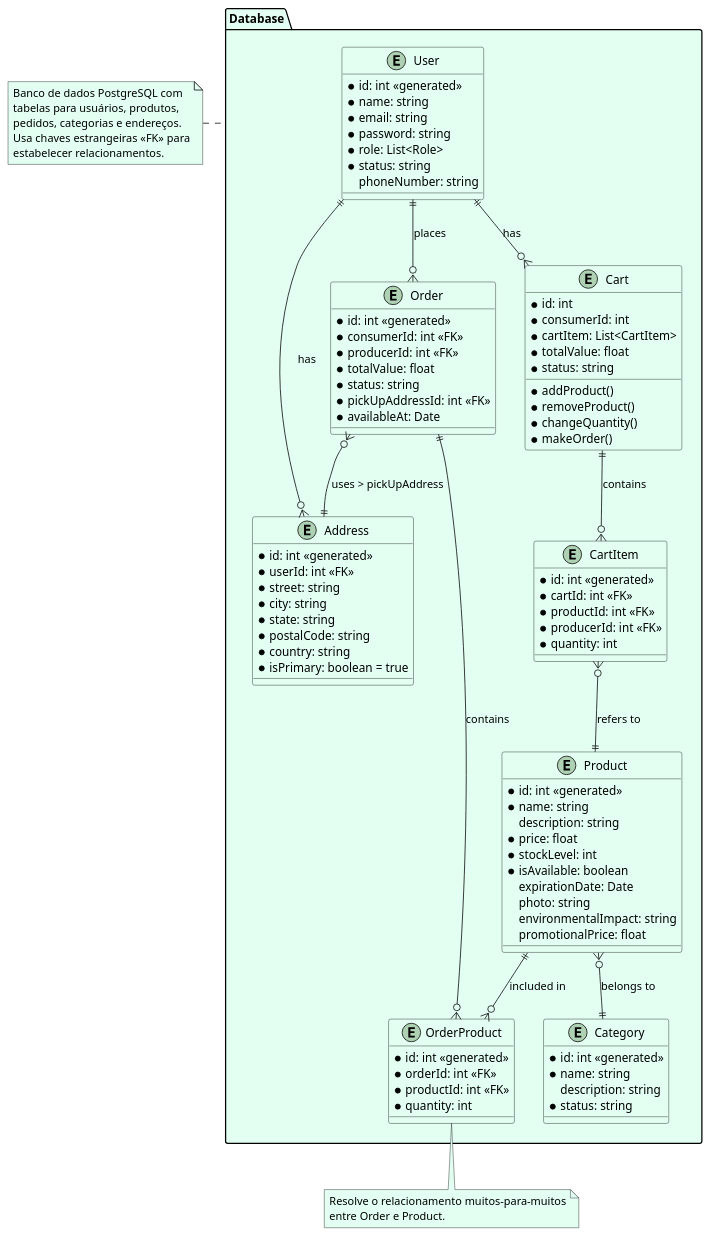
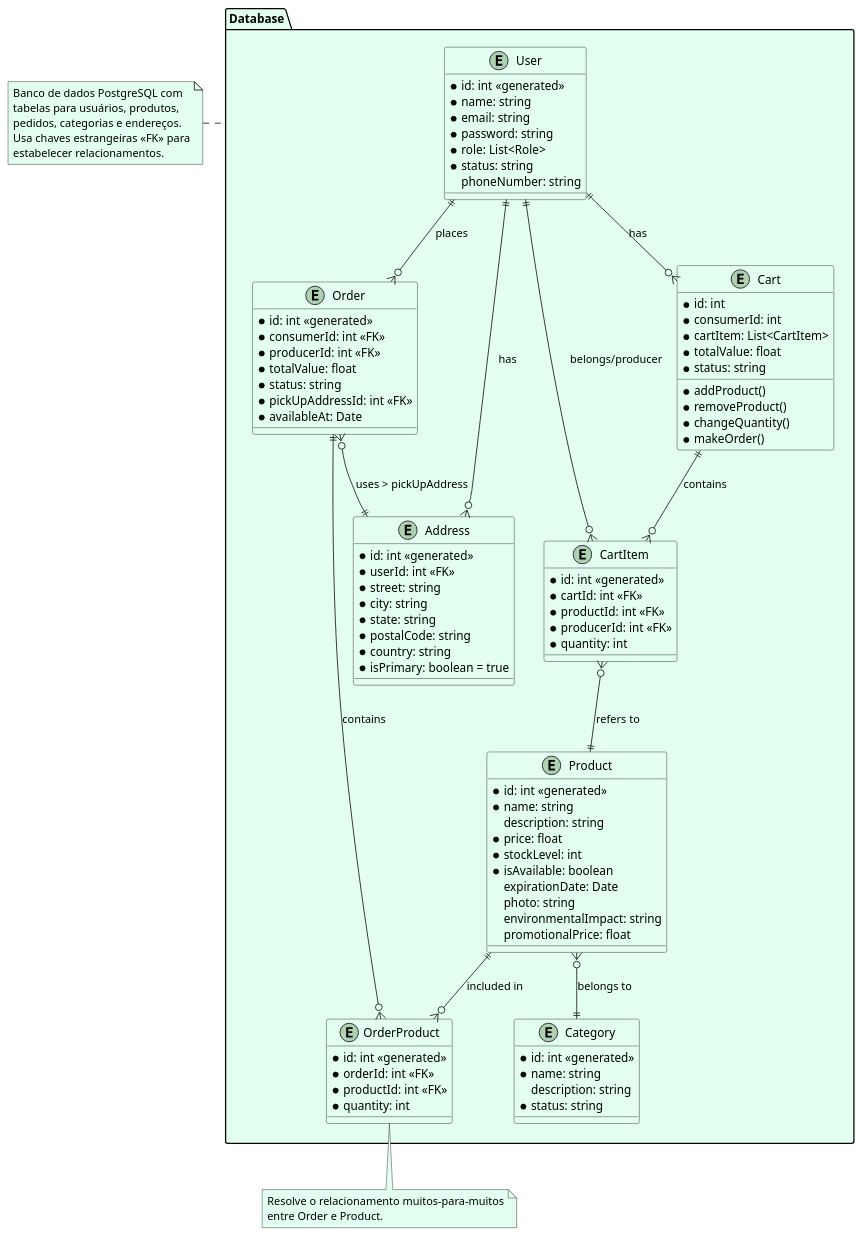
Before and after one commit to bruflor/comercio-vizinho: the diagram in docs/diagrams/Database.puml, drawn with PlantUML. The commit also changed 5 other files, not shown here.

Commit message:
Updating previous diagrams to have cart relations

```diff
--- a/docs/diagrams/Database.puml
+++ b/docs/diagrams/Database.puml
@@ -1,121 +1,123 @@
 @startuml
 <style>
 classDiagram {
   BackGroundColor #e2fff1
 }
 
 document {
   BackGroundColor white
 }
 </style>
 
 package "Database" {
     entity "User" {
        * id: int <<generated>>
        * name: string
        * email: string
        * password: string
        * role: List<Role>
        * status: string
        phoneNumber: string 
     }
 
     entity "Address" {
        * id: int <<generated>>
        * userId: int <<FK>>
        * street: string
        * city: string
        * state: string
        * postalCode: string
        * country: string
        * isPrimary: boolean = true
     }
 
     entity "Order" {
        * id: int <<generated>>
        * consumerId: int <<FK>>
        * producerId: int <<FK>>
        * totalValue: float
        * status: string
        * pickUpAddressId: int <<FK>>
        * availableAt: Date
     }
 
     entity "Product" {
        * id: int <<generated>>
        * name: string
        description: string 
        * price: float
        * stockLevel: int
        * isAvailable: boolean
        expirationDate: Date 
        photo: string 
        environmentalImpact: string 
        promotionalPrice: float 
     }
 
     entity "Category" {
        * id: int <<generated>>
        * name: string
        description: string 
        * status: string
     }
 
     entity "OrderProduct" {
        * id: int <<generated>>
        * orderId: int <<FK>>
        * productId: int <<FK>>
        * quantity: int
     }
 
 entity Cart{
     * id: int
     * consumerId: int
     * cartItem: List<CartItem>
     * totalValue: float
     * status: string
 
     * addProduct()
     * removeProduct()
     * changeQuantity()
     * makeOrder() 
 }
 
 entity CartItem{
     * id: int <<generated>>
     * cartId: int <<FK>>
     * productId: int <<FK>>
     * producerId: int <<FK>>
     * quantity: int
 }
 }
 
 ' Relationships
 
 ' one to many
 User ||--o{ Address : has
 User ||--o{ Order : places
 Order ||--o{ OrderProduct : contains
 Product ||--o{ OrderProduct : included in
 User ||--o{ Cart : has
 Cart ||--o{ CartItem : contains
 
+
 ' many to one
 Product }o--|| Category : belongs to
 Order }o--|| Address : uses > pickUpAddress
 CartItem }o--|| Product : refers to
+CartItem }o--|| User : belongs/producer
 
 note bottom of [OrderProduct]
 Resolve o relacionamento muitos-para-muitos
 entre Order e Product.
 end note
 
 note left of [Database]
     Banco de dados PostgreSQL com
     tabelas para usuários, produtos,
     pedidos, categorias e endereços.
     Usa chaves estrangeiras <<FK>> para
     estabelecer relacionamentos.
 end note
 
 @enduml
```
